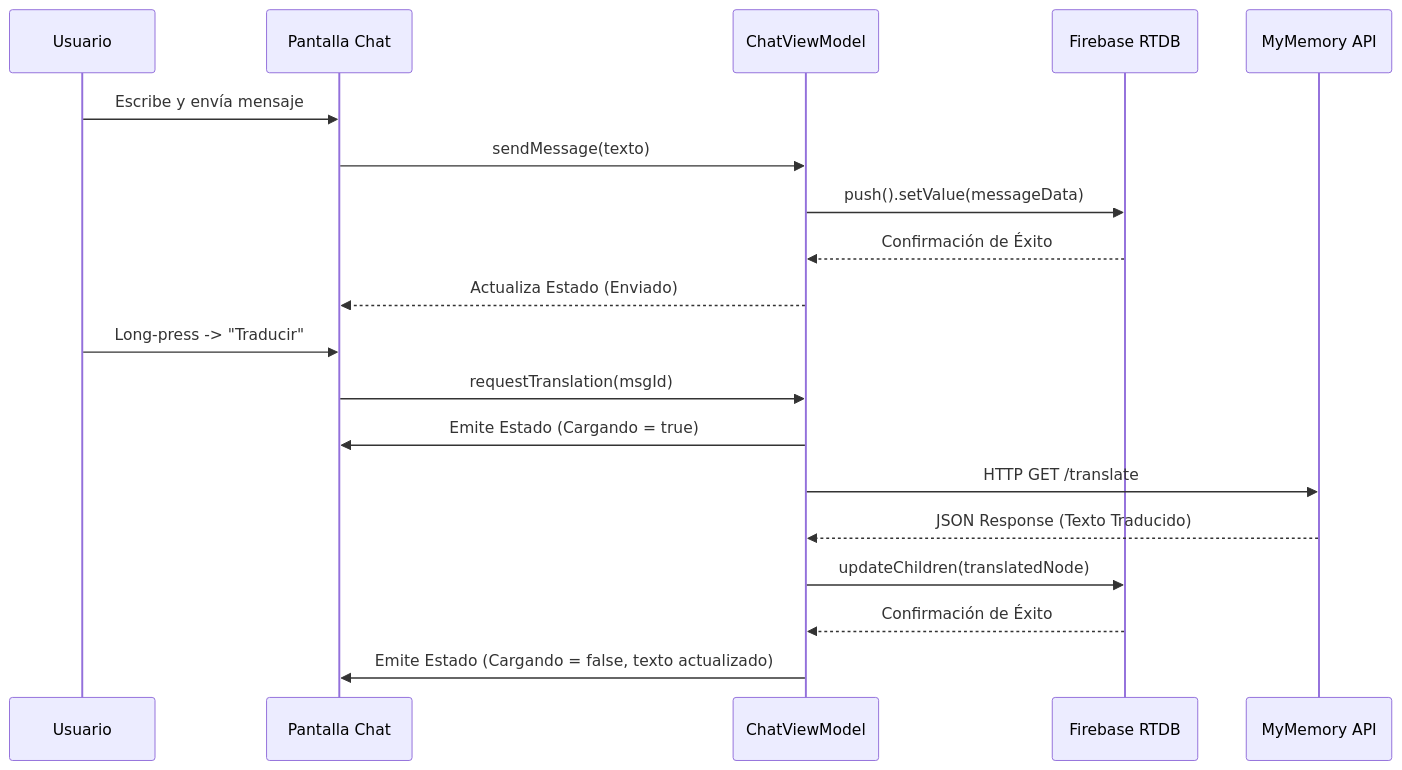
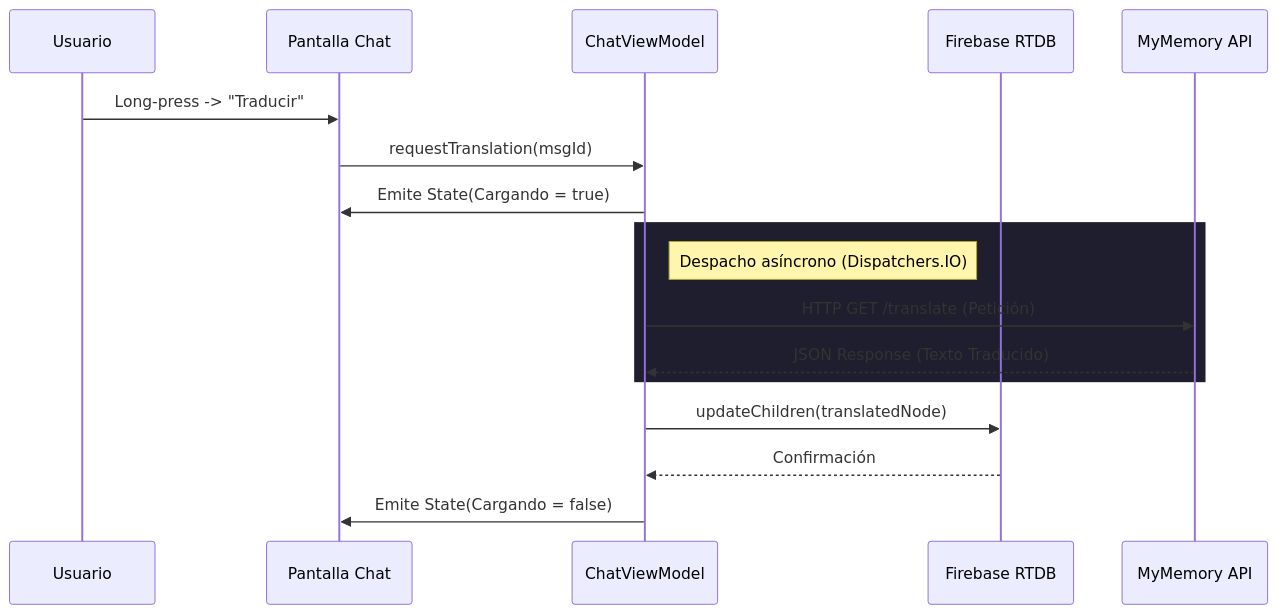
The second of 3 diagrams in README.md (Azelmods677/NexusChat), drawn with Mermaid before and after one commit. The commit also changed other lines of this file, not shown here.

Commit message:
docs: Enterprise overhaul of README with deep architectural insights

````diff
--- a/README.md
+++ b/README.md
@@ -106,23 +116,22 @@
 ```mermaid
 sequenceDiagram
     participant Usuario
     participant UI as Pantalla Chat
     participant VM as ChatViewModel
     participant FB as Firebase RTDB
-    participant Traductor as MyMemory API
+    participant API as MyMemory API
 
-    Usuario->>UI: Escribe y envía mensaje
-    UI->>VM: sendMessage(texto)
-    VM->>FB: push().setValue(messageData)
-    FB-->>VM: Confirmación de Éxito
-    VM-->>UI: Actualiza Estado (Enviado)
-    
     Usuario->>UI: Long-press -> "Traducir"
     UI->>VM: requestTranslation(msgId)
-    VM->>UI: Emite Estado (Cargando = true)
-    VM->>Traductor: HTTP GET /translate
-    Traductor-->>VM: JSON Response (Texto Traducido)
+    VM->>UI: Emite State(Cargando = true)
+    
+    rect rgb(30, 30, 46)
+        Note right of VM: Despacho asíncrono (Dispatchers.IO)
+        VM->>API: HTTP GET /translate (Petición)
+        API-->>VM: JSON Response (Texto Traducido)
+    end
+    
     VM->>FB: updateChildren(translatedNode)
-    FB-->>VM: Confirmación de Éxito
-    VM->>UI: Emite Estado (Cargando = false, texto actualizado)
+    FB-->>VM: Confirmación
+    VM->>UI: Emite State(Cargando = false)
 ```
````
